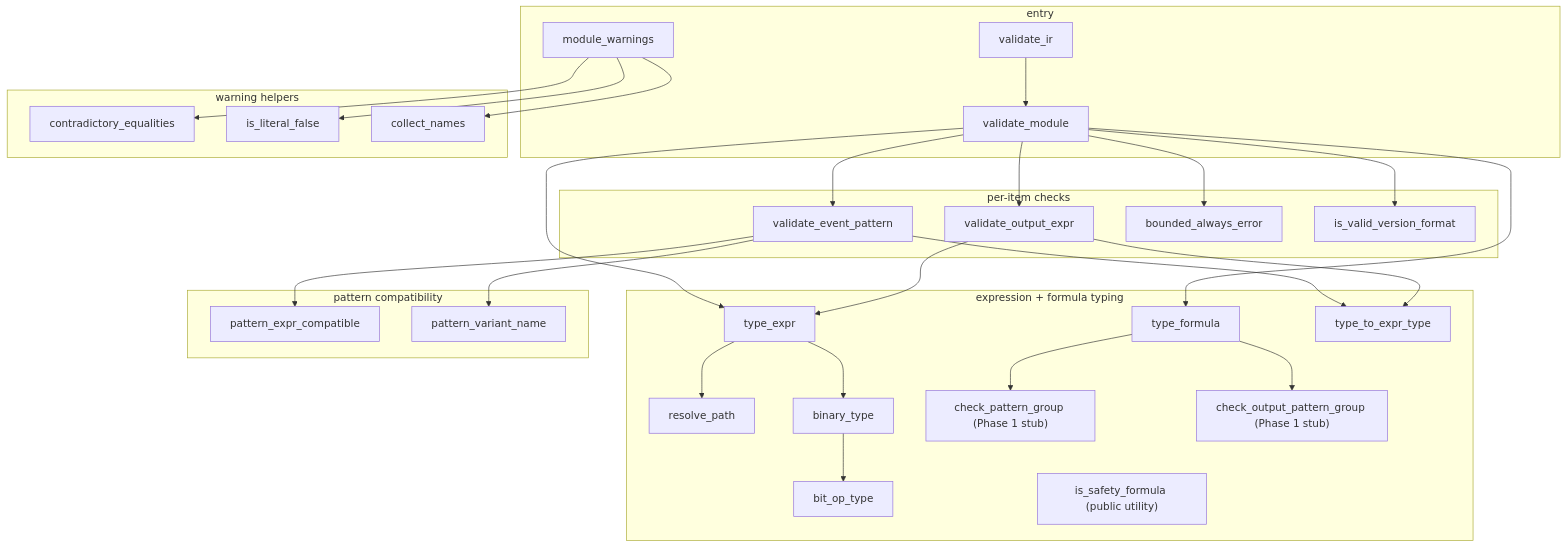
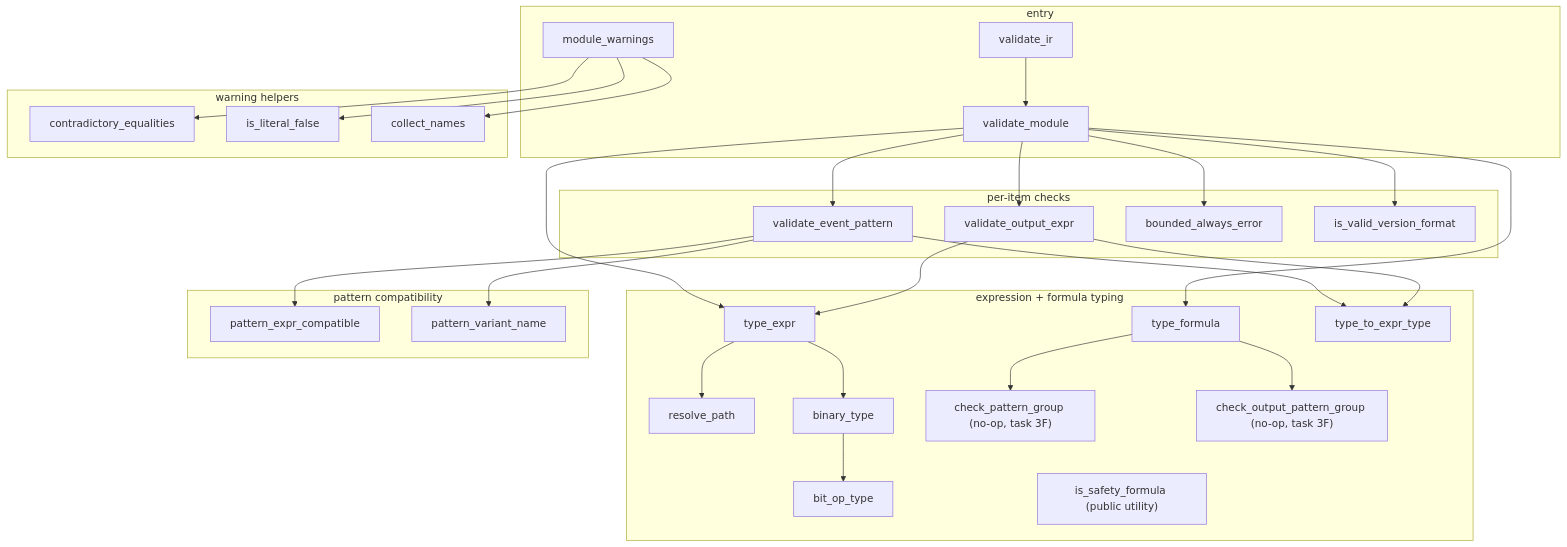
One commit to vasil-sd/RFS changed the third of 16 diagrams in docs/dev/DEPENDENCIES.md. Above: the diagram before and after it, drawn with Mermaid. The commit also changed other lines of this file and 21 other files, not shown here.

````diff
--- a/docs/dev/DEPENDENCIES.md
+++ b/docs/dev/DEPENDENCIES.md
@@ -522,59 +523,59 @@
 ```mermaid
 flowchart TD
     subgraph VENTRY["entry"]
         vi["validate_ir"]
         vm["validate_module"]
         mw["module_warnings"]
     end
 
     subgraph VCHECKS["per-item checks"]
         vep["validate_event_pattern"]
         voe["validate_output_expr"]
         bae["bounded_always_error"]
         ivf["is_valid_version_format"]
     end
 
     subgraph VTYPING["expression + formula typing"]
         te["type_expr"]
         rp["resolve_path"]
         bt2["binary_type"]
         bot["bit_op_type"]
         tf["type_formula"]
-        cpg["check_pattern_group (Phase 1 stub)"]
-        cogp["check_output_pattern_group (Phase 1 stub)"]
+        cpg["check_pattern_group (no-op, task 3F)"]
+        cogp["check_output_pattern_group (no-op, task 3F)"]
         tte["type_to_expr_type"]
         isf["is_safety_formula (public utility)"]
     end
 
     subgraph VPAT["pattern compatibility"]
         pec["pattern_expr_compatible"]
         pvn["pattern_variant_name"]
     end
 
     subgraph VWARN["warning helpers"]
         ce["contradictory_equalities"]
         ilf["is_literal_false"]
         cn["collect_names"]
     end
 
     vi --> vm
     vm --> vep
     vm --> voe
     vm --> te
     vm --> tf
     vm --> bae
     vm --> ivf
     te --> rp
     te --> bt2
     bt2 --> bot
     tf --> cpg
     tf --> cogp
     vep --> pec
     vep --> pvn
     vep --> tte
     voe --> te
     voe --> tte
     mw --> ce
     mw --> ilf
     mw --> cn
 ```
````
